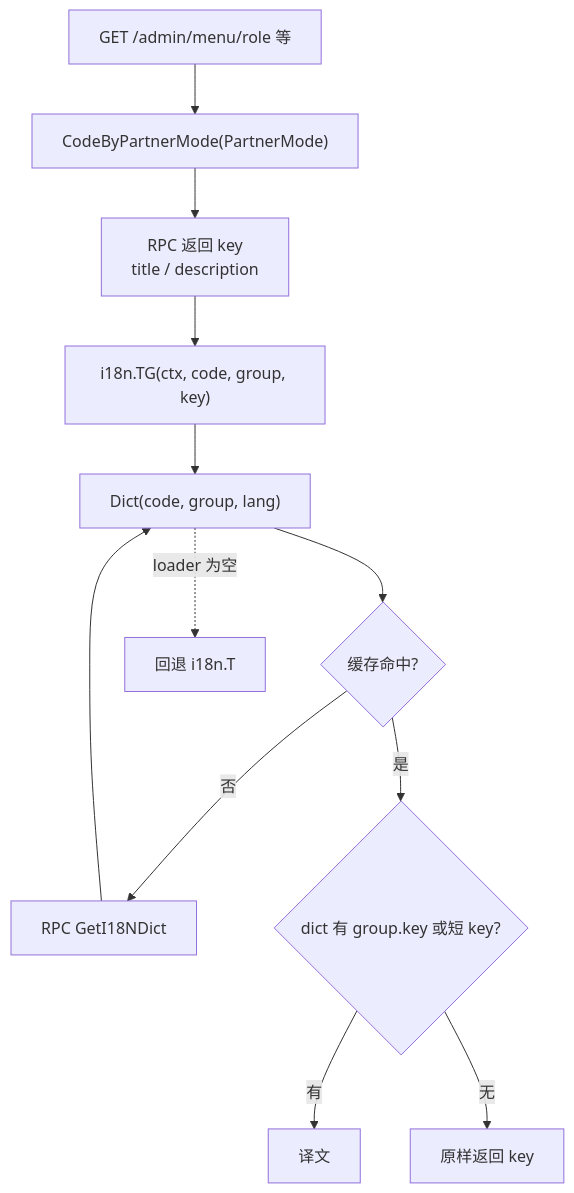
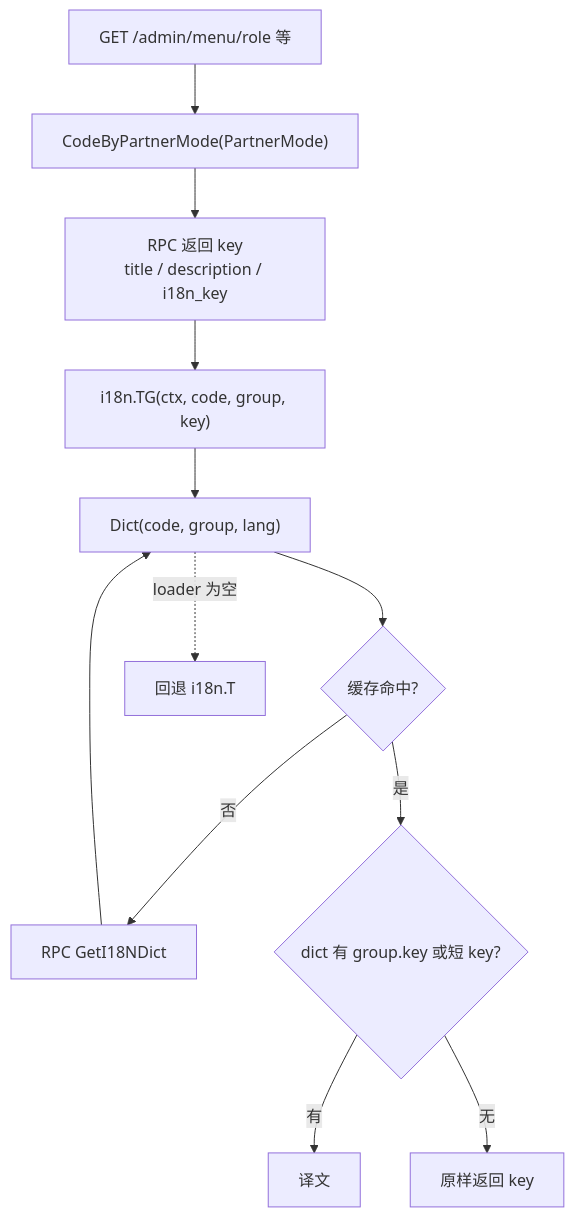
The fourth of 7 diagrams in core-demo/docs/i18n.md (ns9ryan/p9_demo), drawn with Mermaid before and after one commit. The commit also changed other lines of this file and 435 other files, not shown here.

````diff
--- a/core-demo/docs/i18n.md
+++ b/core-demo/docs/i18n.md
@@ -104,22 +106,22 @@
 ```mermaid
 flowchart TB
   Req["GET /admin/menu/role 等"]
   Code["CodeByPartnerMode(PartnerMode)"]
-  RPC["RPC 返回 key<br/>title / description"]
+  RPC["RPC 返回 key<br/>title / description / i18n_key"]
   TG["i18n.TG(ctx, code, group, key)"]
   Dict["Dict(code, group, lang)"]
   Hit{"缓存命中?"}
   Load["RPC GetI18NDict"]
   Look{"dict 有 group.key 或短 key?"}
   Out["译文"]
   Raw["原样返回 key"]
   Fallback["回退 i18n.T"]
 
   Req --> Code --> RPC --> TG --> Dict
   Dict --> Hit
   Hit -->|否| Load --> Dict
   Hit -->|是| Look
   Look -->|有| Out
   Look -->|无| Raw
   Dict -.->|loader 为空| Fallback
 ```
````
